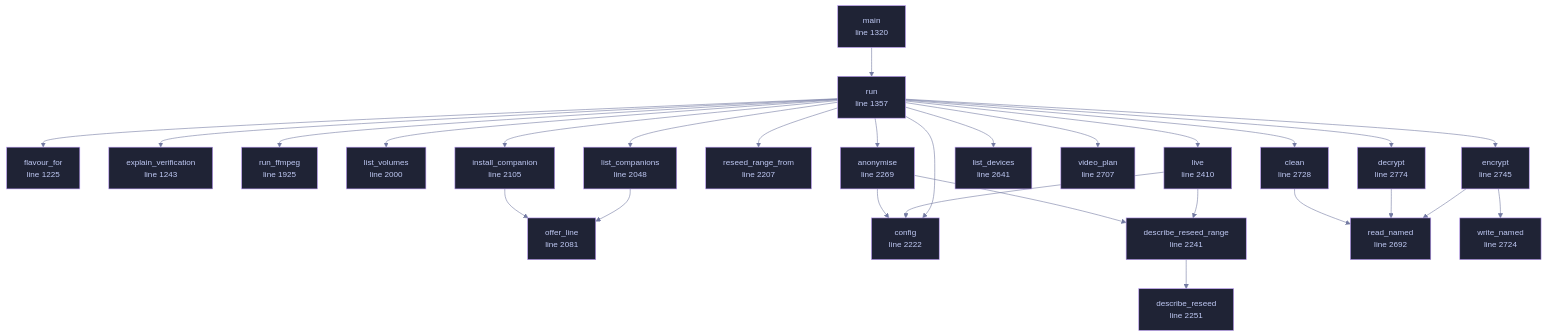
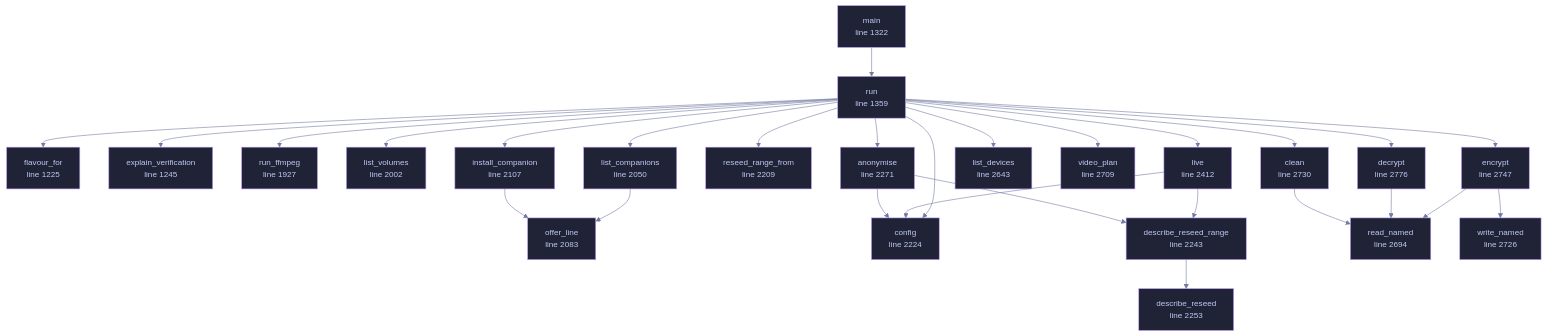
Before and after one commit to tilas01/veilvoice: the diagram in docs/files/veilvoice-cli/main.md, drawn with Mermaid. The commit also changed other lines of this file and 550 other files, not shown here.

````diff
--- a/docs/files/veilvoice-cli/main.md
+++ b/docs/files/veilvoice-cli/main.md
@@ -135,77 +135,77 @@
 ```mermaid
 %%{init: {"theme":"base","themeVariables":{"background":"#1a1b26","primaryColor":"#1f2335","primaryTextColor":"#c0caf5","primaryBorderColor":"#7aa2f7","secondaryColor":"#16161e","tertiaryColor":"#16161e","lineColor":"#737aa2","textColor":"#c0caf5","mainBkg":"#1f2335","nodeBorder":"#7aa2f7","clusterBkg":"#16161e","clusterBorder":"#2f3549","fontFamily":"ui-monospace, SFMono-Regular, Consolas, monospace","fontSize":"14px"}}}%%
 flowchart TD
     n_flavour_for["flavour_for<br/>line 1225"]
-    n_explain_verification["explain_verification<br/>line 1243"]
-    n_main["main<br/>line 1320"]
-    n_run["run<br/>line 1357"]
-    n_run_ffmpeg["run_ffmpeg<br/>line 1925"]
-    n_list_volumes["list_volumes<br/>line 2000"]
-    n_list_companions["list_companions<br/>line 2048"]
-    n_offer_line["offer_line<br/>line 2081"]
-    n_install_companion["install_companion<br/>line 2105"]
-    n_reseed_range_from["reseed_range_from<br/>line 2207"]
-    n_config["config<br/>line 2222"]
-    n_describe_reseed_range["describe_reseed_range<br/>line 2241"]
-    n_describe_reseed["describe_reseed<br/>line 2251"]
-    n_anonymise["anonymise<br/>line 2269"]
-    n_live["live<br/>line 2410"]
-    n_list_devices["list_devices<br/>line 2641"]
-    n_read_named["read_named<br/>line 2692"]
-    n_video_plan["video_plan<br/>line 2707"]
-    n_write_named["write_named<br/>line 2724"]
-    n_clean["clean<br/>line 2728"]
-    n_encrypt["encrypt<br/>line 2745"]
-    n_decrypt["decrypt<br/>line 2774"]
+    n_explain_verification["explain_verification<br/>line 1245"]
+    n_main["main<br/>line 1322"]
+    n_run["run<br/>line 1359"]
+    n_run_ffmpeg["run_ffmpeg<br/>line 1927"]
+    n_list_volumes["list_volumes<br/>line 2002"]
+    n_list_companions["list_companions<br/>line 2050"]
+    n_offer_line["offer_line<br/>line 2083"]
+    n_install_companion["install_companion<br/>line 2107"]
+    n_reseed_range_from["reseed_range_from<br/>line 2209"]
+    n_config["config<br/>line 2224"]
+    n_describe_reseed_range["describe_reseed_range<br/>line 2243"]
+    n_describe_reseed["describe_reseed<br/>line 2253"]
+    n_anonymise["anonymise<br/>line 2271"]
+    n_live["live<br/>line 2412"]
+    n_list_devices["list_devices<br/>line 2643"]
+    n_read_named["read_named<br/>line 2694"]
+    n_video_plan["video_plan<br/>line 2709"]
+    n_write_named["write_named<br/>line 2726"]
+    n_clean["clean<br/>line 2730"]
+    n_encrypt["encrypt<br/>line 2747"]
+    n_decrypt["decrypt<br/>line 2776"]
     n_anonymise --> n_config
     n_anonymise --> n_describe_reseed_range
     n_clean --> n_read_named
     n_decrypt --> n_read_named
     n_describe_reseed_range --> n_describe_reseed
     n_encrypt --> n_read_named
     n_encrypt --> n_write_named
     n_install_companion --> n_offer_line
     n_list_companions --> n_offer_line
     n_live --> n_config
     n_live --> n_describe_reseed_range
     n_main --> n_run
     n_run --> n_anonymise
     n_run --> n_clean
     n_run --> n_config
     n_run --> n_decrypt
     n_run --> n_encrypt
     n_run --> n_explain_verification
     n_run --> n_flavour_for
     n_run --> n_install_companion
     n_run --> n_list_companions
     n_run --> n_list_devices
     n_run --> n_list_volumes
     n_run --> n_live
     n_run --> n_reseed_range_from
     n_run --> n_run_ffmpeg
     n_run --> n_video_plan
     click n_flavour_for href "https://github.com/tilas01/veilvoice/blob/main/crates/veilvoice-cli/src/main.rs#L1225" "open the source"
-    click n_explain_verification href "https://github.com/tilas01/veilvoice/blob/main/crates/veilvoice-cli/src/main.rs#L1243" "open the source"
-    click n_main href "https://github.com/tilas01/veilvoice/blob/main/crates/veilvoice-cli/src/main.rs#L1320" "open the source"
-    click n_run href "https://github.com/tilas01/veilvoice/blob/main/crates/veilvoice-cli/src/main.rs#L1357" "open the source"
-    click n_run_ffmpeg href "https://github.com/tilas01/veilvoice/blob/main/crates/veilvoice-cli/src/main.rs#L1925" "open the source"
-    click n_list_volumes href "https://github.com/tilas01/veilvoice/blob/main/crates/veilvoice-cli/src/main.rs#L2000" "open the source"
-    click n_list_companions href "https://github.com/tilas01/veilvoice/blob/main/crates/veilvoice-cli/src/main.rs#L2048" "open the source"
-    click n_offer_line href "https://github.com/tilas01/veilvoice/blob/main/crates/veilvoice-cli/src/main.rs#L2081" "open the source"
-    click n_install_companion href "https://github.com/tilas01/veilvoice/blob/main/crates/veilvoice-cli/src/main.rs#L2105" "open the source"
-    click n_reseed_range_from href "https://github.com/tilas01/veilvoice/blob/main/crates/veilvoice-cli/src/main.rs#L2207" "open the source"
-    click n_config href "https://github.com/tilas01/veilvoice/blob/main/crates/veilvoice-cli/src/main.rs#L2222" "open the source"
-    click n_describe_reseed_range href "https://github.com/tilas01/veilvoice/blob/main/crates/veilvoice-cli/src/main.rs#L2241" "open the source"
-    click n_describe_reseed href "https://github.com/tilas01/veilvoice/blob/main/crates/veilvoice-cli/src/main.rs#L2251" "open the source"
-    click n_anonymise href "https://github.com/tilas01/veilvoice/blob/main/crates/veilvoice-cli/src/main.rs#L2269" "open the source"
-    click n_live href "https://github.com/tilas01/veilvoice/blob/main/crates/veilvoice-cli/src/main.rs#L2410" "open the source"
-    click n_list_devices href "https://github.com/tilas01/veilvoice/blob/main/crates/veilvoice-cli/src/main.rs#L2641" "open the source"
-    click n_read_named href "https://github.com/tilas01/veilvoice/blob/main/crates/veilvoice-cli/src/main.rs#L2692" "open the source"
-    click n_video_plan href "https://github.com/tilas01/veilvoice/blob/main/crates/veilvoice-cli/src/main.rs#L2707" "open the source"
-    click n_write_named href "https://github.com/tilas01/veilvoice/blob/main/crates/veilvoice-cli/src/main.rs#L2724" "open the source"
-    click n_clean href "https://github.com/tilas01/veilvoice/blob/main/crates/veilvoice-cli/src/main.rs#L2728" "open the source"
-    click n_encrypt href "https://github.com/tilas01/veilvoice/blob/main/crates/veilvoice-cli/src/main.rs#L2745" "open the source"
-    click n_decrypt href "https://github.com/tilas01/veilvoice/blob/main/crates/veilvoice-cli/src/main.rs#L2774" "open the source"
+    click n_explain_verification href "https://github.com/tilas01/veilvoice/blob/main/crates/veilvoice-cli/src/main.rs#L1245" "open the source"
+    click n_main href "https://github.com/tilas01/veilvoice/blob/main/crates/veilvoice-cli/src/main.rs#L1322" "open the source"
+    click n_run href "https://github.com/tilas01/veilvoice/blob/main/crates/veilvoice-cli/src/main.rs#L1359" "open the source"
+    click n_run_ffmpeg href "https://github.com/tilas01/veilvoice/blob/main/crates/veilvoice-cli/src/main.rs#L1927" "open the source"
+    click n_list_volumes href "https://github.com/tilas01/veilvoice/blob/main/crates/veilvoice-cli/src/main.rs#L2002" "open the source"
+    click n_list_companions href "https://github.com/tilas01/veilvoice/blob/main/crates/veilvoice-cli/src/main.rs#L2050" "open the source"
+    click n_offer_line href "https://github.com/tilas01/veilvoice/blob/main/crates/veilvoice-cli/src/main.rs#L2083" "open the source"
+    click n_install_companion href "https://github.com/tilas01/veilvoice/blob/main/crates/veilvoice-cli/src/main.rs#L2107" "open the source"
+    click n_reseed_range_from href "https://github.com/tilas01/veilvoice/blob/main/crates/veilvoice-cli/src/main.rs#L2209" "open the source"
+    click n_config href "https://github.com/tilas01/veilvoice/blob/main/crates/veilvoice-cli/src/main.rs#L2224" "open the source"
+    click n_describe_reseed_range href "https://github.com/tilas01/veilvoice/blob/main/crates/veilvoice-cli/src/main.rs#L2243" "open the source"
+    click n_describe_reseed href "https://github.com/tilas01/veilvoice/blob/main/crates/veilvoice-cli/src/main.rs#L2253" "open the source"
+    click n_anonymise href "https://github.com/tilas01/veilvoice/blob/main/crates/veilvoice-cli/src/main.rs#L2271" "open the source"
+    click n_live href "https://github.com/tilas01/veilvoice/blob/main/crates/veilvoice-cli/src/main.rs#L2412" "open the source"
+    click n_list_devices href "https://github.com/tilas01/veilvoice/blob/main/crates/veilvoice-cli/src/main.rs#L2643" "open the source"
+    click n_read_named href "https://github.com/tilas01/veilvoice/blob/main/crates/veilvoice-cli/src/main.rs#L2694" "open the source"
+    click n_video_plan href "https://github.com/tilas01/veilvoice/blob/main/crates/veilvoice-cli/src/main.rs#L2709" "open the source"
+    click n_write_named href "https://github.com/tilas01/veilvoice/blob/main/crates/veilvoice-cli/src/main.rs#L2726" "open the source"
+    click n_clean href "https://github.com/tilas01/veilvoice/blob/main/crates/veilvoice-cli/src/main.rs#L2730" "open the source"
+    click n_encrypt href "https://github.com/tilas01/veilvoice/blob/main/crates/veilvoice-cli/src/main.rs#L2747" "open the source"
+    click n_decrypt href "https://github.com/tilas01/veilvoice/blob/main/crates/veilvoice-cli/src/main.rs#L2776" "open the source"
     classDef helper fill:#1f2335,stroke:#bb9af7,color:#c0caf5
     class n_flavour_for,n_explain_verification,n_main,n_run,n_run_ffmpeg,n_list_volumes,n_list_companions,n_offer_line,n_install_companion,n_reseed_range_from,n_config,n_describe_reseed_range,n_describe_reseed,n_anonymise,n_live,n_list_devices,n_read_named,n_video_plan,n_write_named,n_clean,n_encrypt,n_decrypt helper
 ```
````
